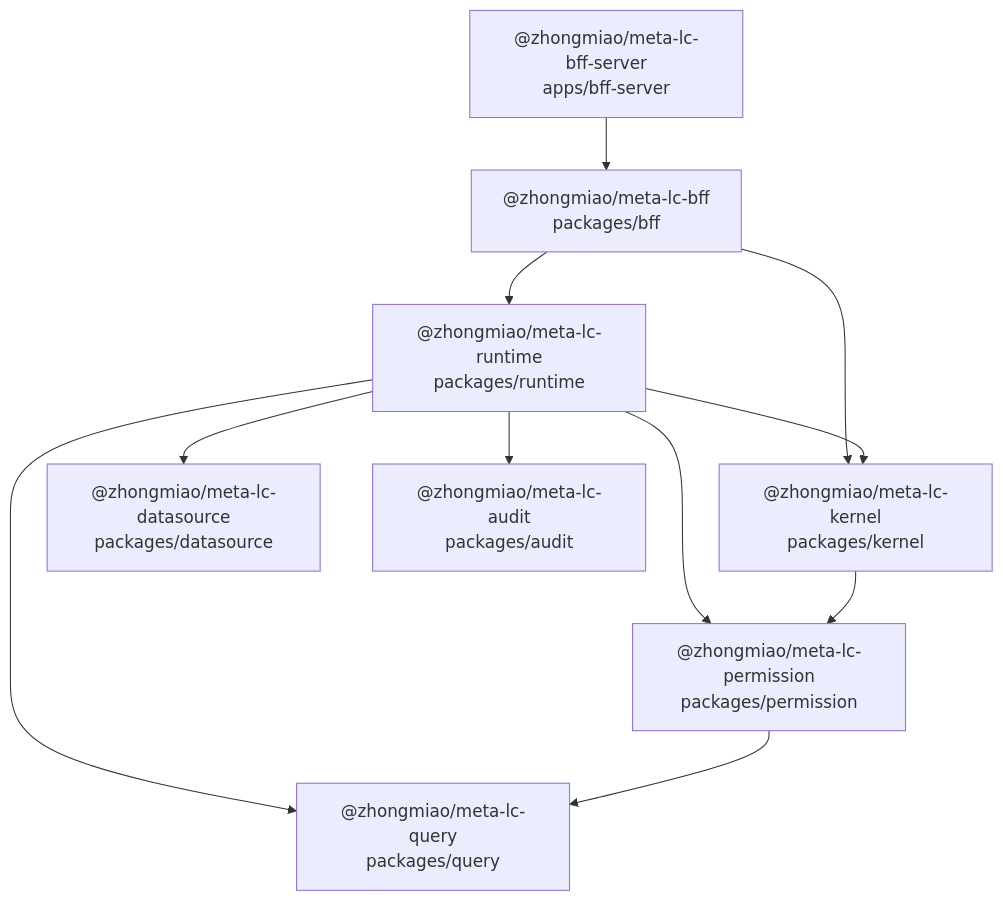
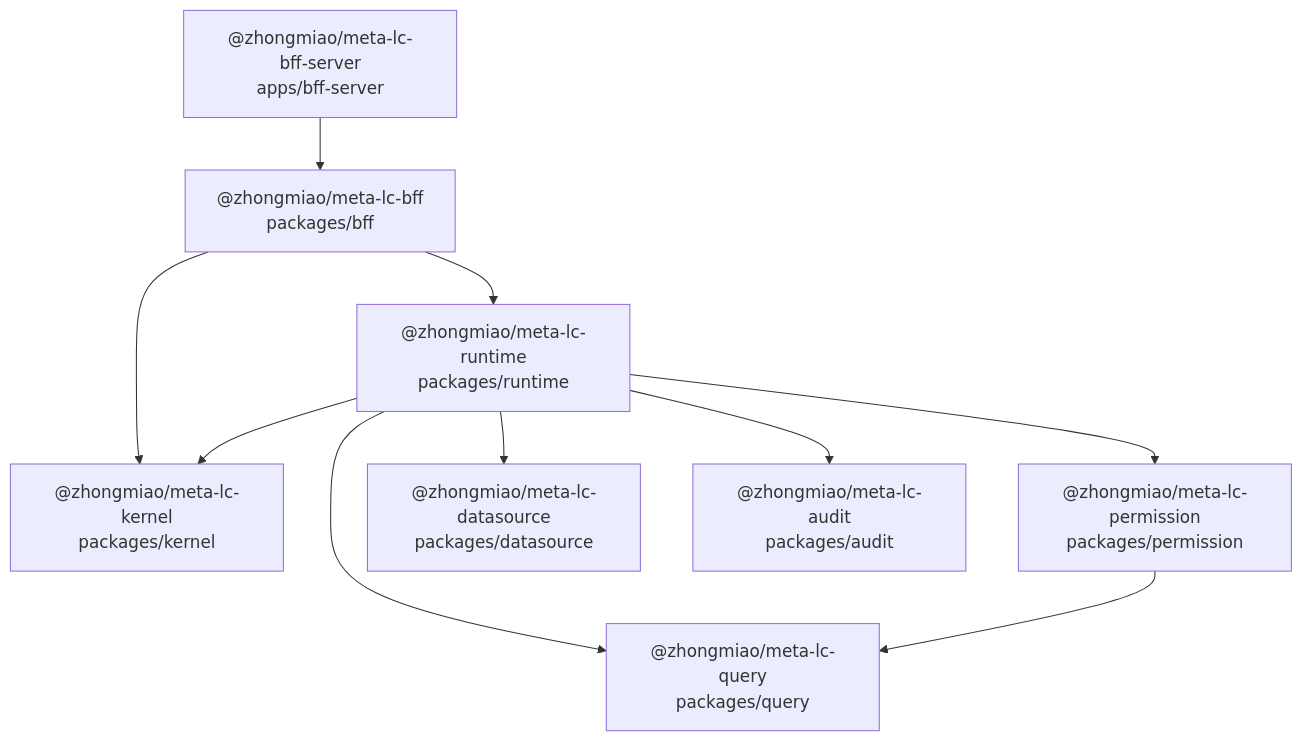
One commit to zhongmiao-org/meta-lc-platform changed the diagram in docs/package-dependency-topology.md. Above: the diagram before and after it, drawn with Mermaid. The commit also changed other lines of this file and 35 other files, not shown here.

````diff
--- a/docs/package-dependency-topology.md
+++ b/docs/package-dependency-topology.md
@@ -13,22 +13,21 @@
 ```mermaid
 flowchart TD
   bff_server["@zhongmiao/meta-lc-bff-server<br/>apps/bff-server"]
   bff["@zhongmiao/meta-lc-bff<br/>packages/bff"]
   runtime["@zhongmiao/meta-lc-runtime<br/>packages/runtime"]
   kernel["@zhongmiao/meta-lc-kernel<br/>packages/kernel"]
   permission["@zhongmiao/meta-lc-permission<br/>packages/permission"]
   query["@zhongmiao/meta-lc-query<br/>packages/query"]
   datasource["@zhongmiao/meta-lc-datasource<br/>packages/datasource"]
   audit["@zhongmiao/meta-lc-audit<br/>packages/audit"]
 
   bff_server --> bff
   bff --> kernel
   bff --> runtime
   runtime --> audit
   runtime --> datasource
   runtime --> kernel
   runtime --> permission
   runtime --> query
-  kernel --> permission
   permission --> query
 ```
````
